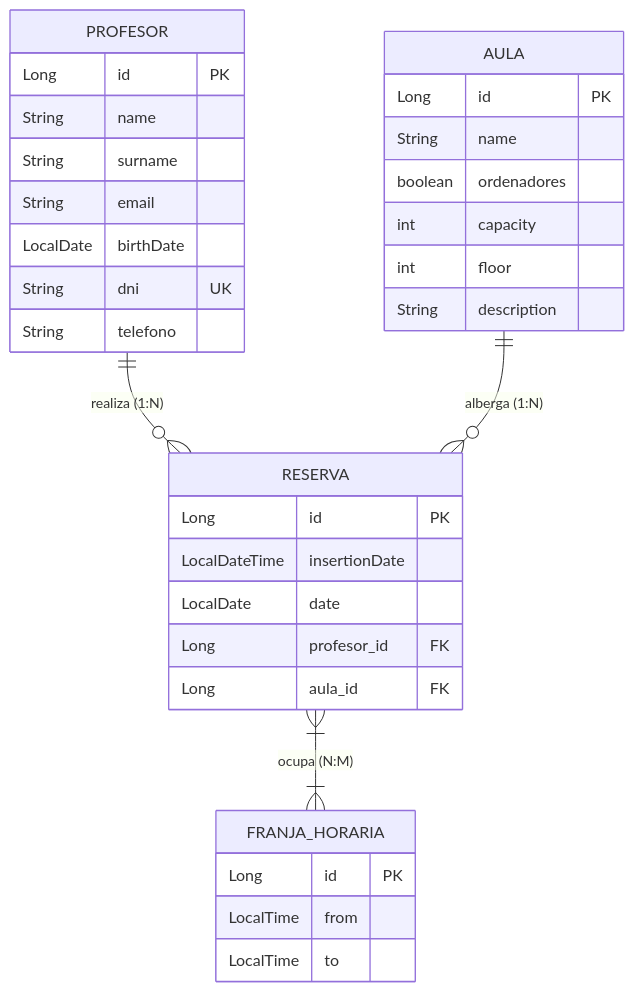
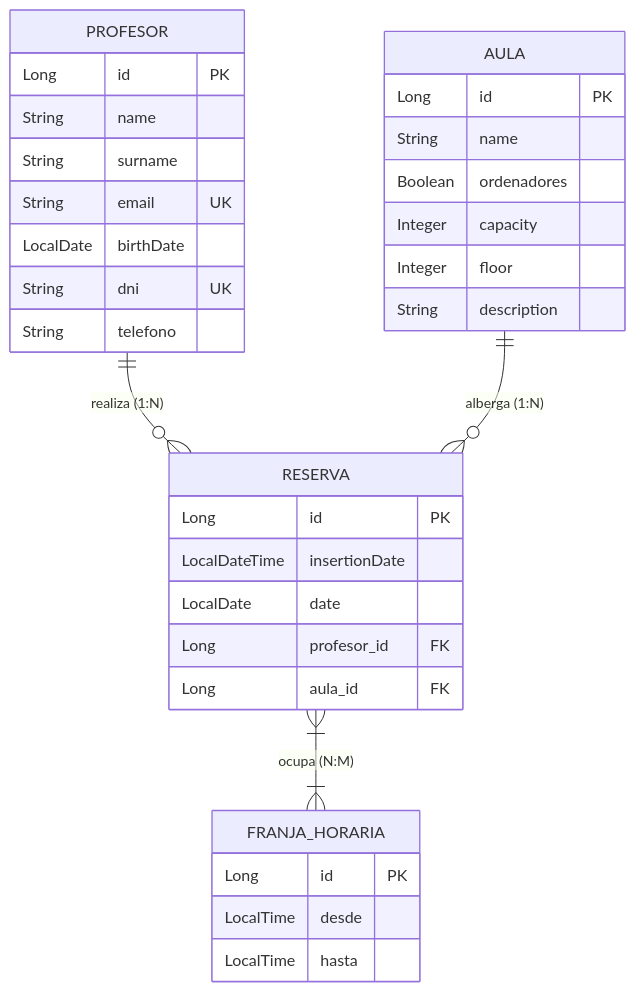
Before and after one commit to aitorgc21-a11y/GestionReservas: the diagram in README.md, drawn with Mermaid. The commit also changed other lines of this file and 5 other files, not shown here.

````diff
--- a/README.md
+++ b/README.md
@@ -29,39 +26,39 @@
 ```mermaid
 erDiagram
     PROFESOR ||--o{ RESERVA : "realiza (1:N)"
     AULA ||--o{ RESERVA : "alberga (1:N)"
     RESERVA }|--|{ FRANJA_HORARIA : "ocupa (N:M)"
 
     PROFESOR {
         Long id PK
         String name
         String surname
-        String email
+        String email UK
         LocalDate birthDate
         String dni UK
         String telefono
     }
 
     AULA {
         Long id PK
         String name
-        boolean ordenadores
-        int capacity
-        int floor
+        Boolean ordenadores
+        Integer capacity
+        Integer floor
         String description
     }
 
     FRANJA_HORARIA {
         Long id PK
-        LocalTime from
-        LocalTime to
+        LocalTime desde
+        LocalTime hasta
     }
 
     RESERVA {
         Long id PK
         LocalDateTime insertionDate
         LocalDate date
         Long profesor_id FK
         Long aula_id FK
     }
 ```
````
